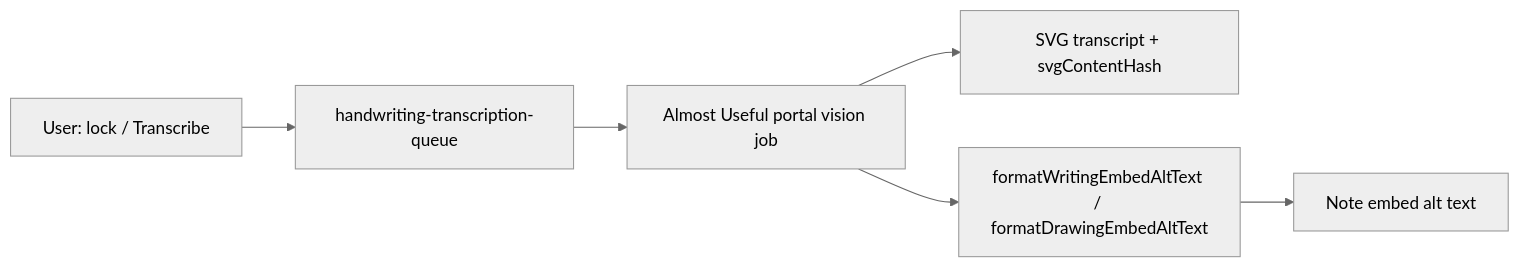
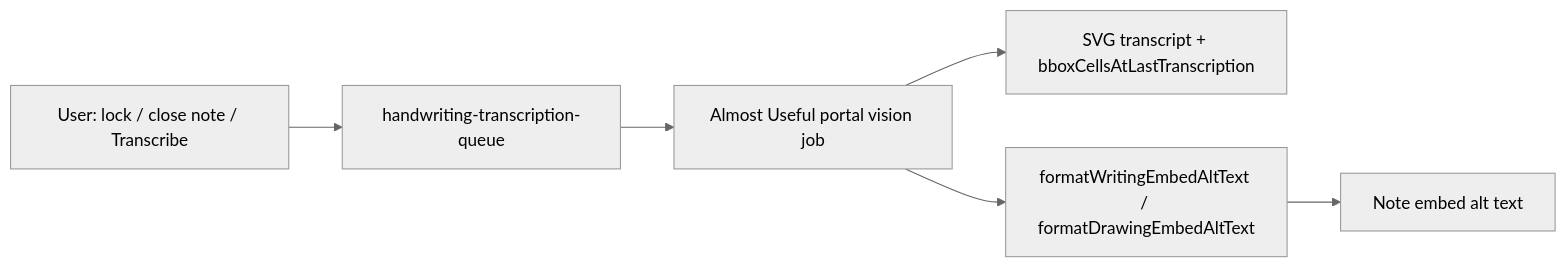
Before and after one commit to daledesilva/obsidian_ink: the first of 3 diagrams in docs/writing-transcription.md, drawn with Mermaid (neutral theme). The commit also changed other lines of this file and 24 other files, not shown here.

Commit message:
updated: Replaced SimHash Hamming skip with bbox occupancy Jaccard so auto-transcribe tracked how much ink actually changed. Unmounted embed React on markdown tab close so unlocked files queued without an explicit lock.

````diff
--- a/docs/writing-transcription.md
+++ b/docs/writing-transcription.md
@@ -21,14 +21,14 @@
 ```mermaid
 flowchart LR
-  User[User: lock / Transcribe]
+  User[User: lock / close note / Transcribe]
   Queue[handwriting-transcription-queue]
   Portal[Almost Useful portal vision job]
-  Svg["SVG transcript + svgContentHash"]
+  Svg["SVG transcript + bboxCellsAtLastTranscription"]
   Alt[formatWritingEmbedAltText / formatDrawingEmbedAltText]
   Note["Note embed alt text"]
   User --> Queue
   Queue --> Portal
   Portal --> Svg
   Portal --> Alt
   Alt --> Note
 ```
````
